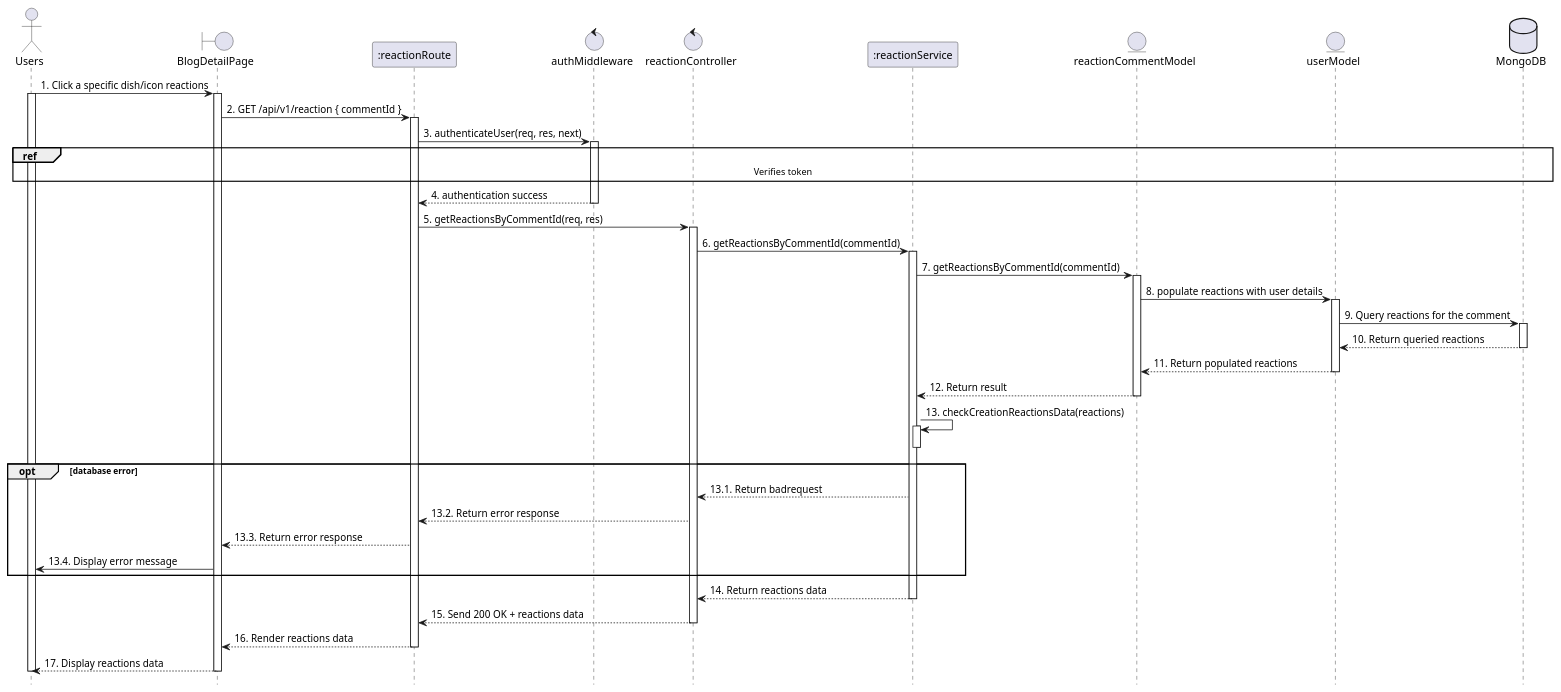
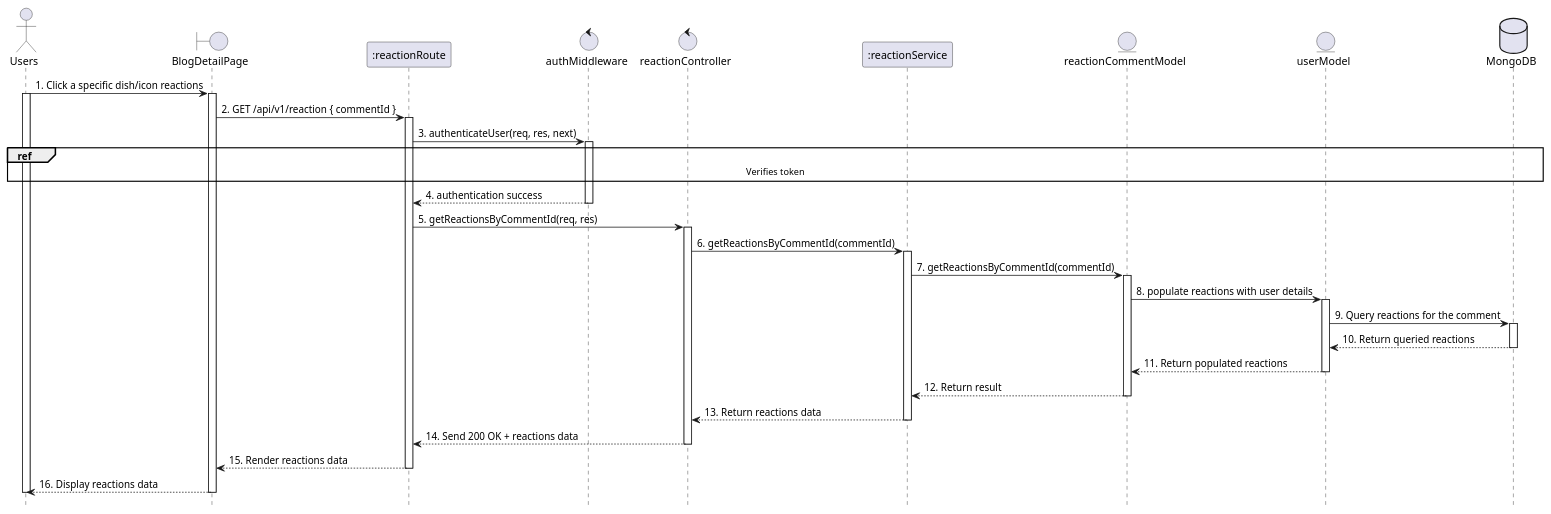
The diagram in planuml/web/20.2_viewReaction.puml (VietDurian/VietDurian), drawn with PlantUML before and after one commit. The commit also changed 14 other files, not shown here.

```diff
--- a/planuml/web/20.2_viewReaction.puml
+++ b/planuml/web/20.2_viewReaction.puml
@@ -1,75 +1,64 @@
 @startuml View Reaction Comments
 
 actor User as "Users"
 boundary "BlogDetailPage" as View 
 participant ":reactionRoute" as Route 
 control "authMiddleware" as Auth 
 control "reactionController" as Controller 
 participant ":reactionService" as Service 
 entity "reactionCommentModel" as Model 
 entity "userModel" as UserModel 
 database "MongoDB" as MongoDB
 hide footbox
 
     User -> View: 1. Click a specific dish/icon reactions
     activate User
     activate View
 
     View -> Route: 2. GET /api/v1/reaction { commentId }
     activate Route
     Route -> Auth: 3. authenticateUser(req, res, next)
     activate Auth
     ref over User, MongoDB : Verifies token
 
     Auth --> Route: 4. authentication success
     deactivate Auth
     
     Route -> Controller: 5. getReactionsByCommentId(req, res)
     activate Controller
 
     Controller -> Service: 6. getReactionsByCommentId(commentId)
     activate Service
 
     Service -> Model: 7. getReactionsByCommentId(commentId)
     activate Model
 
     Model -> UserModel: 8. populate reactions with user details
     activate UserModel
 
     UserModel -> MongoDB: 9. Query reactions for the comment
     activate MongoDB
     MongoDB --> UserModel: 10. Return queried reactions
     deactivate MongoDB
 
     UserModel --> Model: 11. Return populated reactions
     deactivate UserModel
 
     Model --> Service: 12. Return result
     deactivate Model
 
-    Service -> Service: 13. checkCreationReactionsData(reactions)
-    activate Service
+    Service --> Controller: 13. Return reactions data
     deactivate Service
 
-    opt database error
-        Service --> Controller: 13.1. Return badrequest
-        Controller --> Route: 13.2. Return error response
-        Route --> View: 13.3. Return error response
-        View -> User: 13.4. Display error message
-    end
-
-    Service --> Controller: 14. Return reactions data
-    deactivate Service
-
-    Controller --> Route: 15. Send 200 OK + reactions data
+    Controller --> Route: 14. Send 200 OK + reactions data
     deactivate Controller
 
-    Route --> View: 16. Render reactions data
+    Route --> View: 15. Render reactions data
     deactivate Route
 
-    View --> User: 17. Display reactions data
+    View --> User: 16. Display reactions data
     deactivate View
     deactivate User
 
 
 @enduml
```
